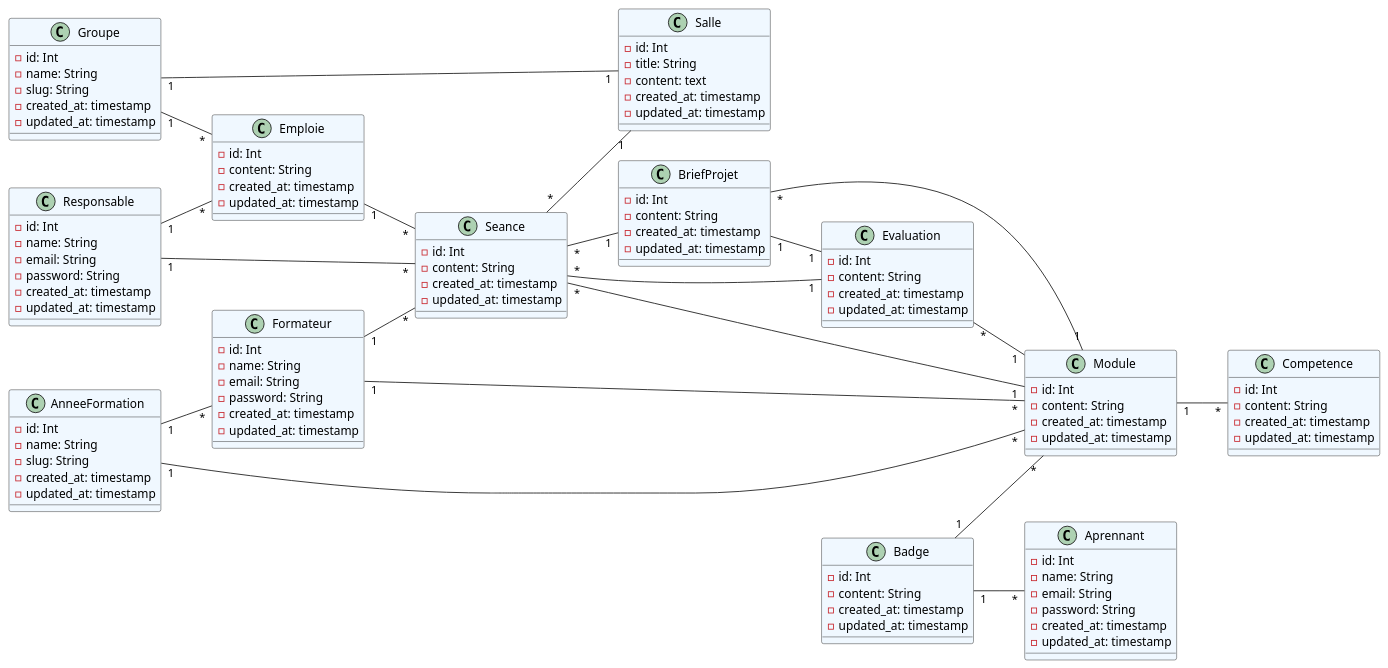
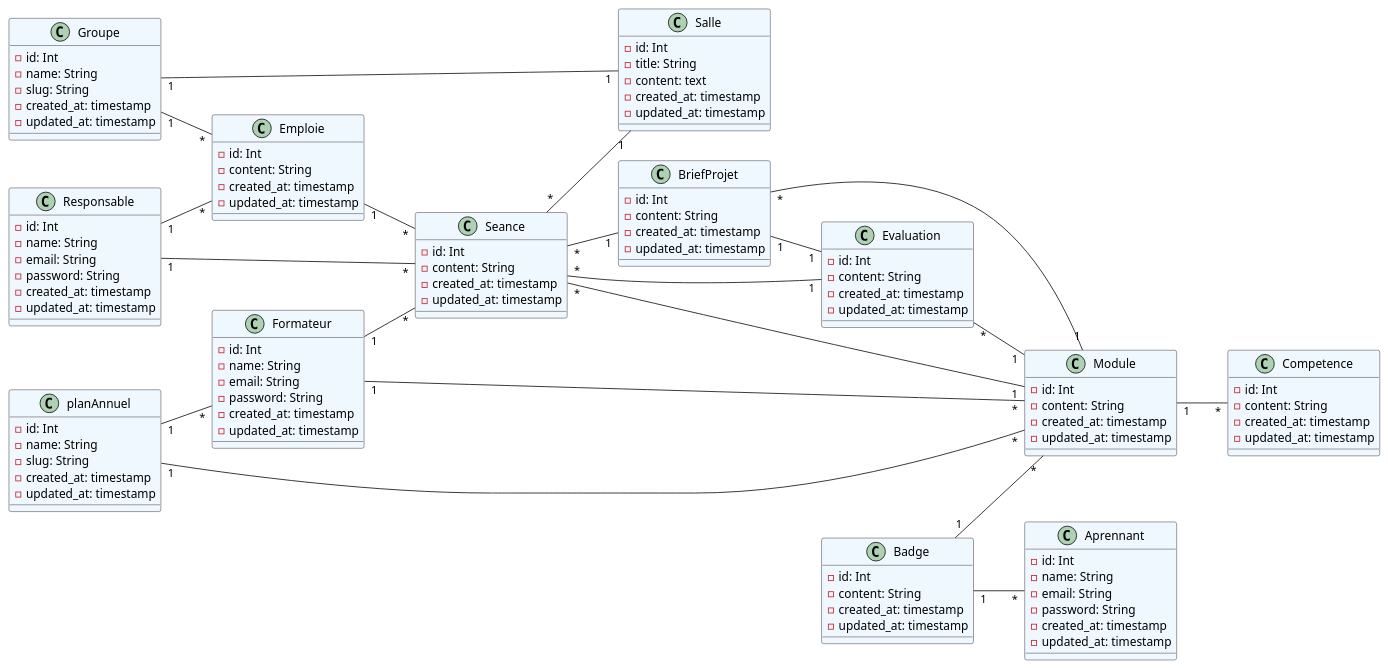
Before and after one commit to Ayoub-El-Bouzidi/soli-lms: the diagram in Conception/DiagrammeDeClasseEnGroupe.puml, drawn with PlantUML. The commit also changed 77 other files, not shown here.

```diff
--- a/Conception/DiagrammeDeClasseEnGroupe.puml
+++ b/Conception/DiagrammeDeClasseEnGroupe.puml
@@ -1,122 +1,122 @@
 @startuml
 left to right direction
 class Formateur #back:AliceBlue {
     -id: Int
     -name: String
     -email: String
     -password: String
     -created_at: timestamp
     -updated_at: timestamp
 }
 class Responsable #back:AliceBlue {
     -id: Int
     -name: String
     -email: String
     -password: String
     -created_at: timestamp
     -updated_at: timestamp
 }
 class Aprennant #back:AliceBlue {
     -id: Int
     -name: String
     -email: String
     -password: String
     -created_at: timestamp
     -updated_at: timestamp
 }
 class Salle #back:AliceBlue{
     -id: Int
     -title: String
     -content: text
     -created_at: timestamp
     -updated_at: timestamp
 }
 
-class AnneeFormation #back:AliceBlue{
+class planAnnuel #back:AliceBlue{
     -id: Int
     -name: String
     -slug: String
     -created_at: timestamp
     -updated_at: timestamp
 }
 class Groupe #back:AliceBlue{
     -id: Int
     -name: String
     -slug: String
     -created_at: timestamp
     -updated_at: timestamp
 }
 class Seance #back:AliceBlue{
     -id: Int
     -content: String
     -created_at: timestamp
     -updated_at: timestamp
 }
 class Emploie #back:AliceBlue{
     -id: Int
     -content: String
     -created_at: timestamp
     -updated_at: timestamp
 }
 class Module #back:AliceBlue{
     -id: Int
     -content: String
     -created_at: timestamp
     -updated_at: timestamp
 }
 class Competence #back:AliceBlue{
     -id: Int
     -content: String
     -created_at: timestamp
     -updated_at: timestamp
 }
 
 class Badge #back:AliceBlue{
     -id: Int
     -content: String
     -created_at: timestamp
     -updated_at: timestamp
 }
 
 class BriefProjet #back:AliceBlue{
     -id: Int
     -content: String
     -created_at: timestamp
     -updated_at: timestamp
 }
 class Evaluation #back:AliceBlue{
     -id: Int
     -content: String
     -created_at: timestamp
     -updated_at: timestamp
 }
 
 Groupe "1" -- "1" Salle
 Groupe "1" -- "*" Emploie
 Badge "1" -- "*" Module
 Badge "1" -- "*" Aprennant
 Emploie "1" -- "*" Seance
 Seance "*" -- "1" Salle
 Formateur "1" -- "*" Seance
 Seance "*" -- "1" Evaluation
 BriefProjet "*" -- "1" Module
 Module "1" -- "*" Competence
 Seance "*" -- "1" BriefProjet
 Evaluation "*" -- "1" Module
 BriefProjet "1" -- "1" Evaluation
-AnneeFormation "1" -- "*" Module
-AnneeFormation "1" -- "*" Formateur
+planAnnuel "1" -- "*" Module
+planAnnuel "1" -- "*" Formateur
 Responsable "1" -- "*" Emploie
 Formateur "1" -- "*" Module
 Module "1" -- "*" Seance
 Responsable "1" -- "*" Seance
 
 
 
 
 ' Category "1" -- "*" Article : Contient
 ' Article "0..*" -- "0..*" Tag : Est associé à
 ' Article "1" -- "0..*" Comment : Contient
 ' User "1" -- "0..*" Comment : Publie
 ' User "1" -- "0..*" Article : Crée
 @enduml
```
